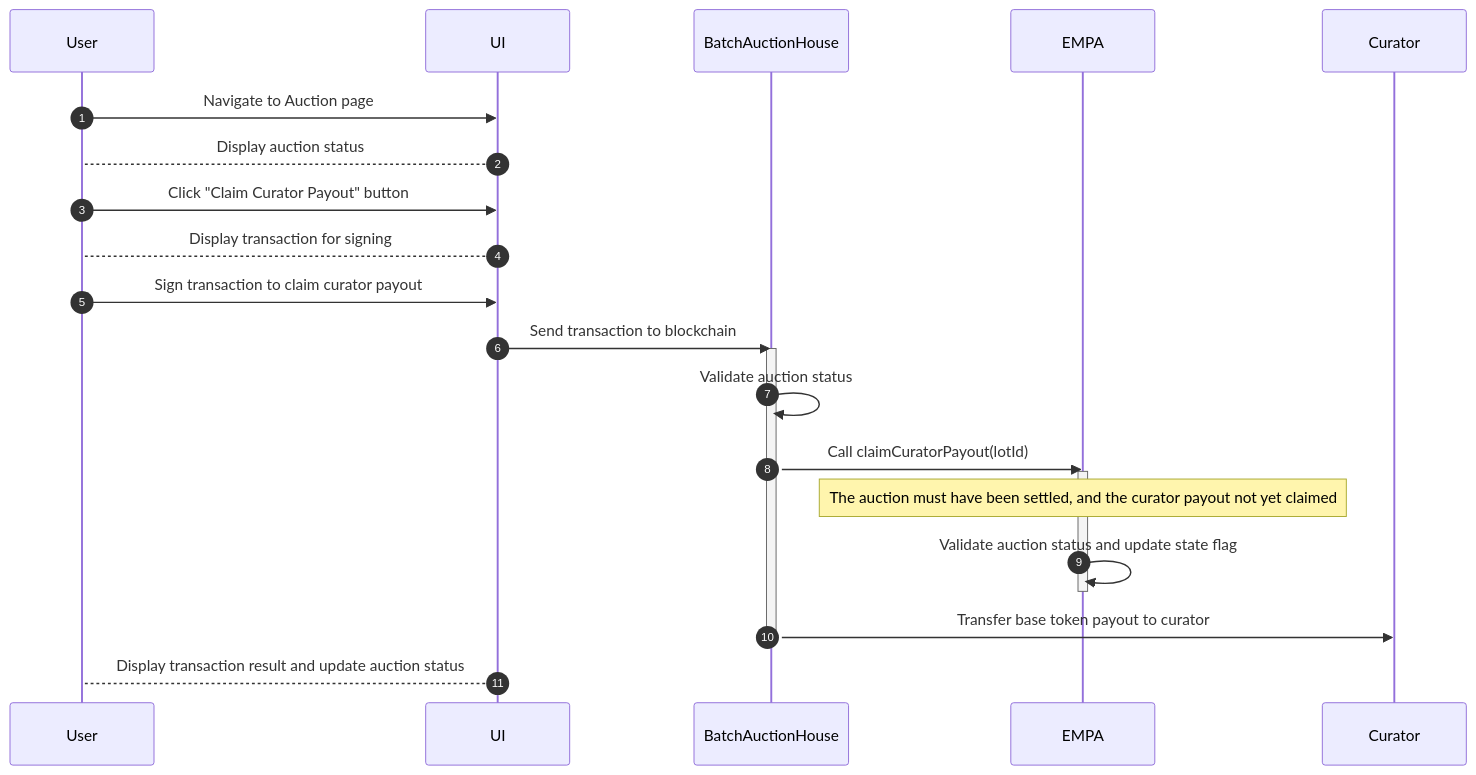
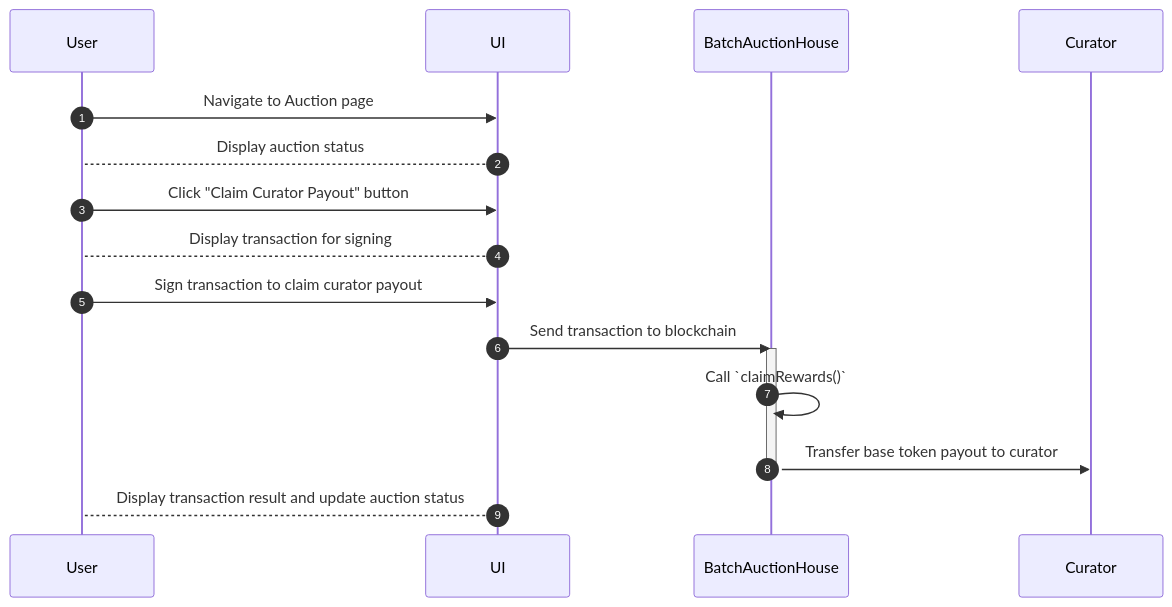
Before and after one commit to Axis-Fi/axis-core: the eighth of 9 diagrams in design/EMPA.md, drawn with Mermaid. The commit also changed other lines of this file, not shown here.

````diff
--- a/design/EMPA.md
+++ b/design/EMPA.md
@@ -410,26 +425,20 @@
 ```mermaid
 sequenceDiagram
   autoNumber
   participant User
   participant UI
   participant BatchAuctionHouse
-  participant EMPA
   participant Curator
 
   User->>UI: Navigate to Auction page
   UI-->User: Display auction status
   User->>UI: Click "Claim Curator Payout" button
   UI-->User: Display transaction for signing
   User->>UI: Sign transaction to claim curator payout
   UI->>BatchAuctionHouse: Send transaction to blockchain
   activate BatchAuctionHouse
-    BatchAuctionHouse->>BatchAuctionHouse: Validate auction status
-    BatchAuctionHouse->>EMPA: Call claimCuratorPayout(lotId)
-    activate EMPA
-      Note over EMPA: The auction must have been settled, and the curator payout not yet claimed
-      EMPA->>EMPA: Validate auction status and update state flag
-    deactivate EMPA
+    BatchAuctionHouse->>BatchAuctionHouse: Call `claimRewards()`
     BatchAuctionHouse->>Curator: Transfer base token payout to curator
   deactivate BatchAuctionHouse
   UI-->User: Display transaction result and update auction status
 ```
````
